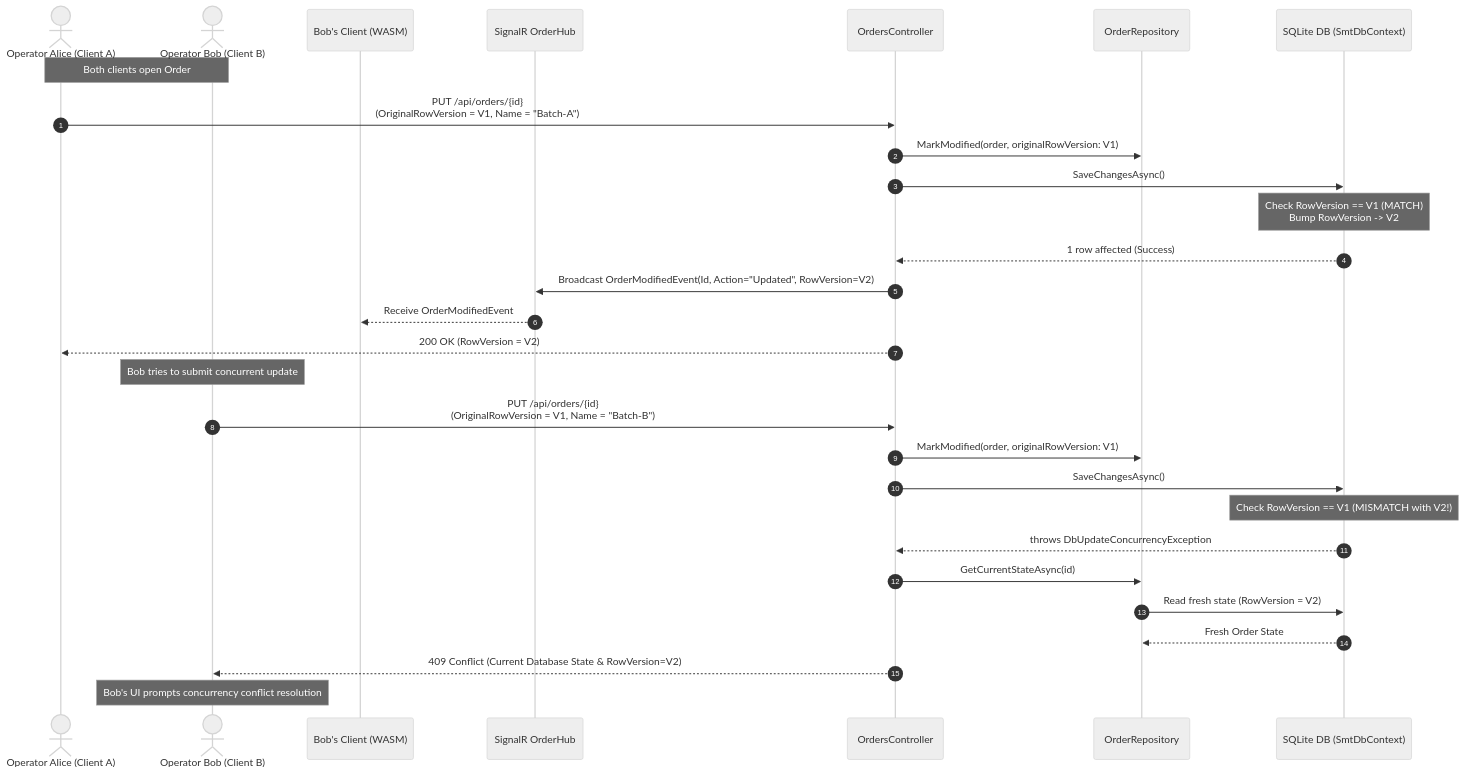
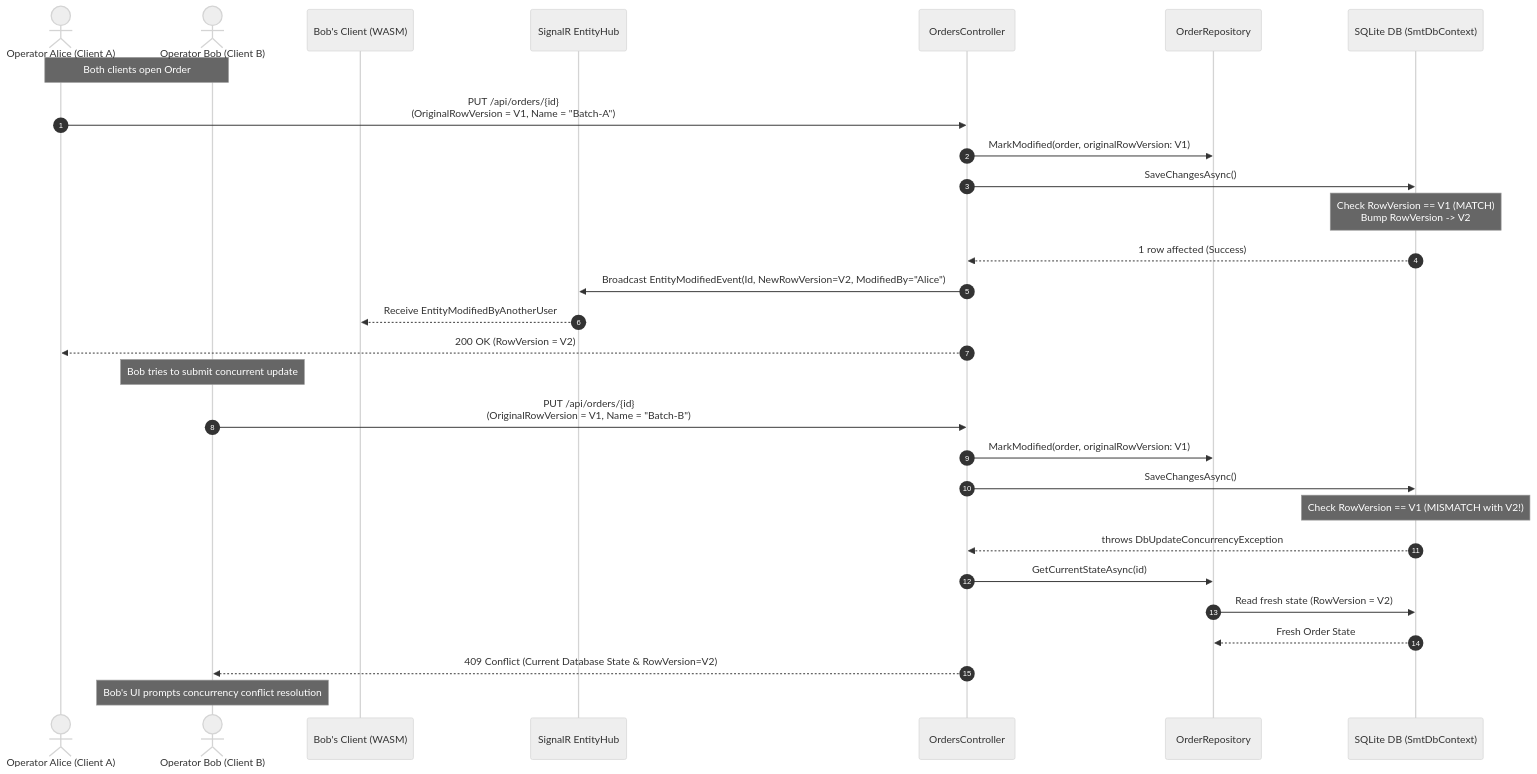
Before and after one commit to Blightbuster/SMT-OrderHub: the third of 3 diagrams in docs/architecture-doc.md, drawn with Mermaid (neutral theme). The commit also changed other lines of this file and 20 other files, not shown here.

````diff
--- a/docs/architecture-doc.md
+++ b/docs/architecture-doc.md
@@ -296,34 +296,34 @@
 ```mermaid
 sequenceDiagram
     autonumber
     actor ClientA as Operator Alice (Client A)
     actor ClientB as Operator Bob (Client B)
     participant WASM_B as Bob's Client (WASM)
-    participant Hub as SignalR OrderHub
+    participant Hub as SignalR EntityHub
     participant API as OrdersController
     participant Repo as OrderRepository
     participant DB as SQLite DB (SmtDbContext)
 
     Note over ClientA, ClientB: Both clients open Order #1 (RowVersion = V1)
 
     ClientA->>API: PUT /api/orders/{id}<br/>(OriginalRowVersion = V1, Name = "Batch-A")
     API->>Repo: MarkModified(order, originalRowVersion: V1)
     API->>DB: SaveChangesAsync()
     Note over DB: Check RowVersion == V1 (MATCH)<br/>Bump RowVersion -> V2
     DB-->>API: 1 row affected (Success)
-    API->>Hub: Broadcast OrderModifiedEvent(Id, Action="Updated", RowVersion=V2)
-    Hub-->>WASM_B: Receive OrderModifiedEvent
+    API->>Hub: Broadcast EntityModifiedEvent(Id, NewRowVersion=V2, ModifiedBy="Alice")
+    Hub-->>WASM_B: Receive EntityModifiedByAnotherUser
     API-->>ClientA: 200 OK (RowVersion = V2)
 
     Note over ClientB: Bob tries to submit concurrent update
     ClientB->>API: PUT /api/orders/{id}<br/>(OriginalRowVersion = V1, Name = "Batch-B")
     API->>Repo: MarkModified(order, originalRowVersion: V1)
     API->>DB: SaveChangesAsync()
     Note over DB: Check RowVersion == V1 (MISMATCH with V2!)
     DB-->>API: throws DbUpdateConcurrencyException
     API->>Repo: GetCurrentStateAsync(id)
     Repo->>DB: Read fresh state (RowVersion = V2)
     DB-->>Repo: Fresh Order State
     API-->>ClientB: 409 Conflict (Current Database State & RowVersion=V2)
     Note over ClientB: Bob's UI prompts concurrency conflict resolution
 ```
````
